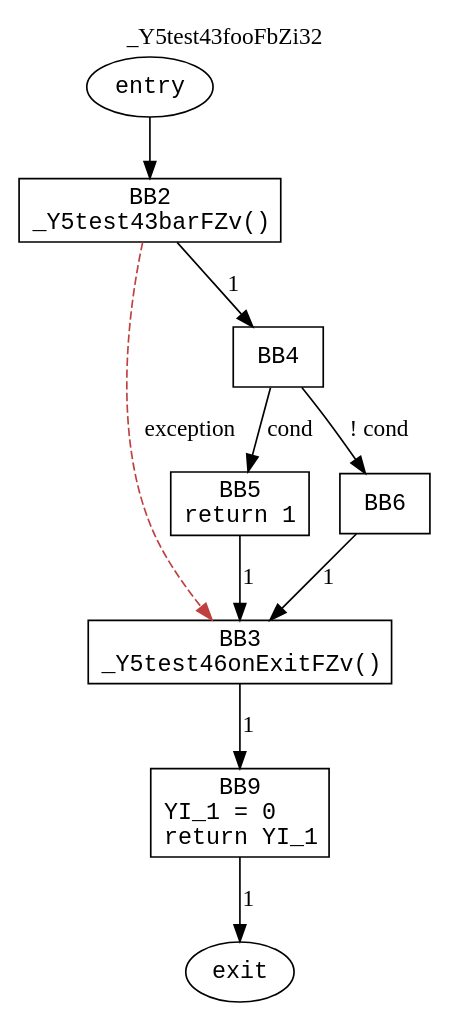
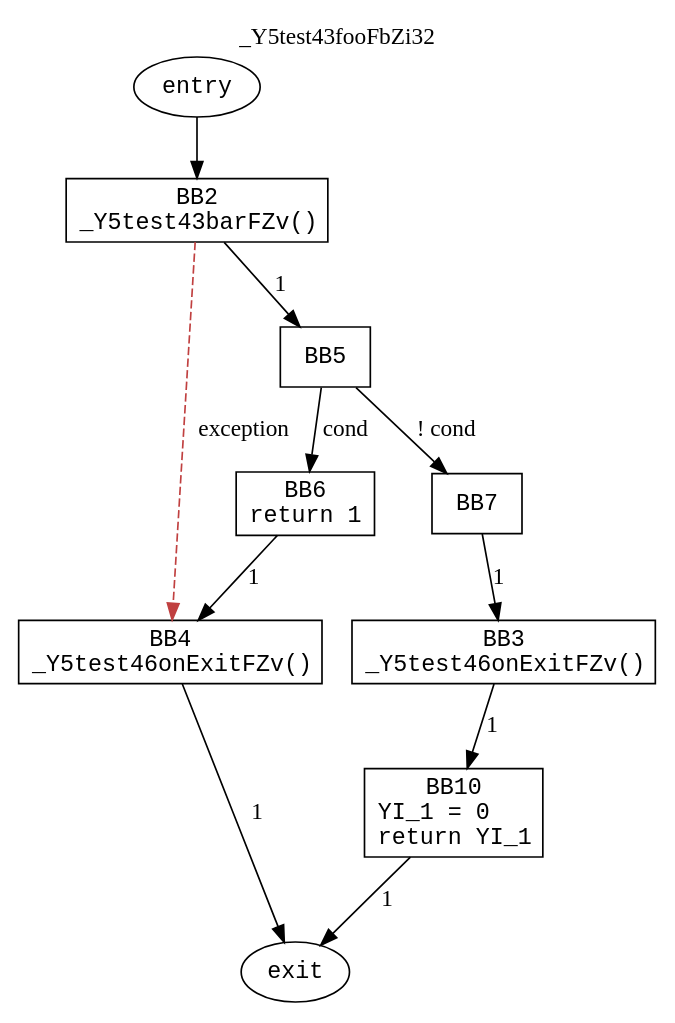
One commit to GNU-Ymir/bootstrap changed the diagram in test_resources/cfg/test4.dot. Above: the diagram before and after it, drawn with Graphviz. The commit also changed 14 other files, not shown here.

Commit message:
[test] feat: check the dataflow against .df goldens, and sweep the fixpoint over exception heavy frames

```diff
--- a/test_resources/cfg/test4.dot
+++ b/test_resources/cfg/test4.dot
@@ -1,22 +1,24 @@
 digraph "_Y5test43fooFbZi32" {
   labelloc="t"
   label="_Y5test43fooFbZi32"
   node [shape=box, fontname="monospace"]
   BB0 [label="entry", shape=ellipse]
   BB1 [label="exit", shape=ellipse]
   BB0 -> BB2
   BB2 [label="BB2\n_Y5test43barFZv()\l"]
-  BB2 -> BB3 [label="exception", style=dashed, color="#c04040"]
-  BB2 -> BB4 [label="1"]
+  BB2 -> BB4 [label="exception", style=dashed, color="#c04040"]
+  BB2 -> BB5 [label="1"]
   BB3 [label="BB3\n_Y5test46onExitFZv()\l"]
-  BB3 -> BB9 [label="1"]
-  BB4 [label="BB4\n"]
-  BB4 -> BB5 [label="cond"]
-  BB4 -> BB6 [label="! cond"]
-  BB5 [label="BB5\nreturn 1\l"]
-  BB5 -> BB3 [label="1"]
-  BB6 [label="BB6\n"]
-  BB6 -> BB3 [label="1"]
-  BB9 [label="BB9\nYI_1 = 0\lreturn YI_1\l"]
-  BB9 -> BB1 [label="1"]
+  BB3 -> BB10 [label="1"]
+  BB4 [label="BB4\n_Y5test46onExitFZv()\l"]
+  BB4 -> BB1 [label="1"]
+  BB5 [label="BB5\n"]
+  BB5 -> BB6 [label="cond"]
+  BB5 -> BB7 [label="! cond"]
+  BB6 [label="BB6\nreturn 1\l"]
+  BB6 -> BB4 [label="1"]
+  BB7 [label="BB7\n"]
+  BB7 -> BB3 [label="1"]
+  BB10 [label="BB10\nYI_1 = 0\lreturn YI_1\l"]
+  BB10 -> BB1 [label="1"]
 }
```
